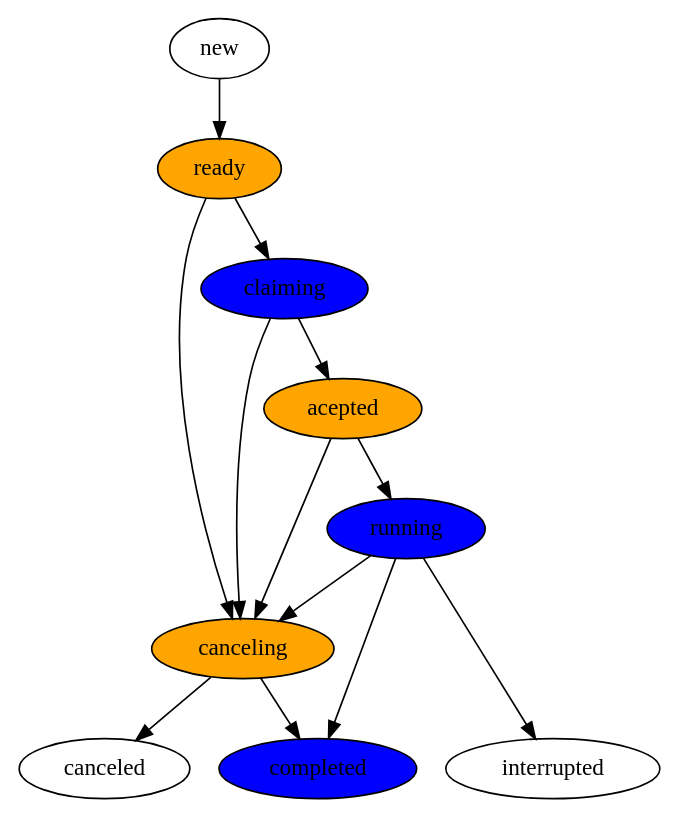
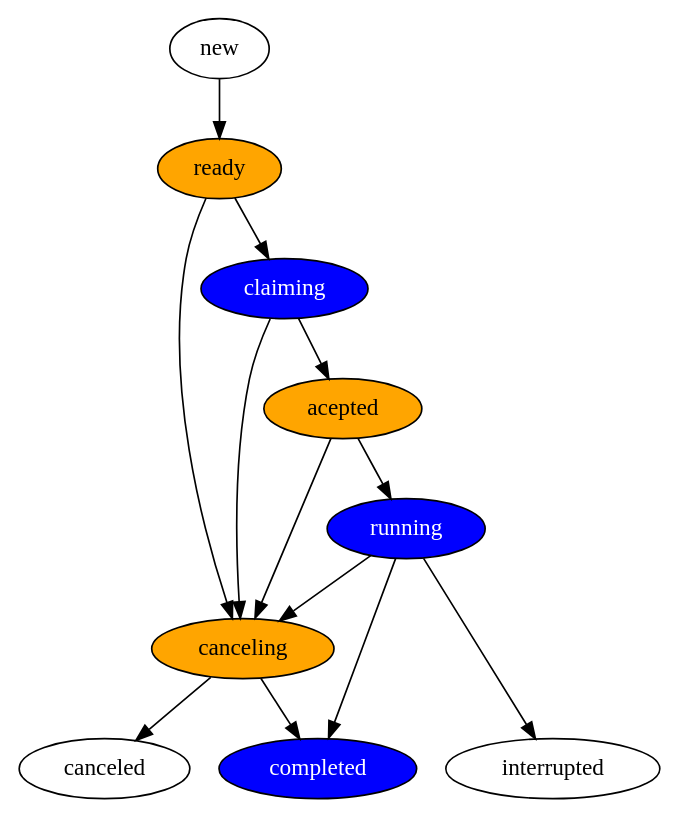
Before and after one commit to RonnyPfannschmidt-Attic/thesis-writing: the diagram in imageinput/lebenszyklus-arbeitspaket.dot, drawn with Graphviz. The commit also changed 1 other file, not shown here.

```diff
--- a/imageinput/lebenszyklus-arbeitspaket.dot
+++ b/imageinput/lebenszyklus-arbeitspaket.dot
@@ -1,28 +1,28 @@
 digraph arbeitspacket {
     new -> ready;
     running -> completed;
     ready-> canceling;
     claiming -> canceling; 
     acepted -> canceling;
     ready -> claiming -> acepted -> running;
     running -> canceling;
 
     subgraph final {
         rank="same";
         canceled;
         completed;
         interrupted;
     }
 
     canceling -> canceled;
     canceling -> completed;
     running -> interrupted;
 
 
     canceling [style=filled,fillcolor=orange];
     ready [style=filled,fillcolor=orange];
-    claiming [style=filled,fillcolor=blue];
+    claiming [style=filled,fillcolor=blue,fontcolor=white];
     acepted [style=filled,fillcolor=orange];
-    running [style=filled,fillcolor=blue];
-    completed [style=filled,fillcolor=blue];
+    running [style=filled,fillcolor=blue,fontcolor=white];
+    completed [style=filled,fillcolor=blue,fontcolor=white];
 }
```
